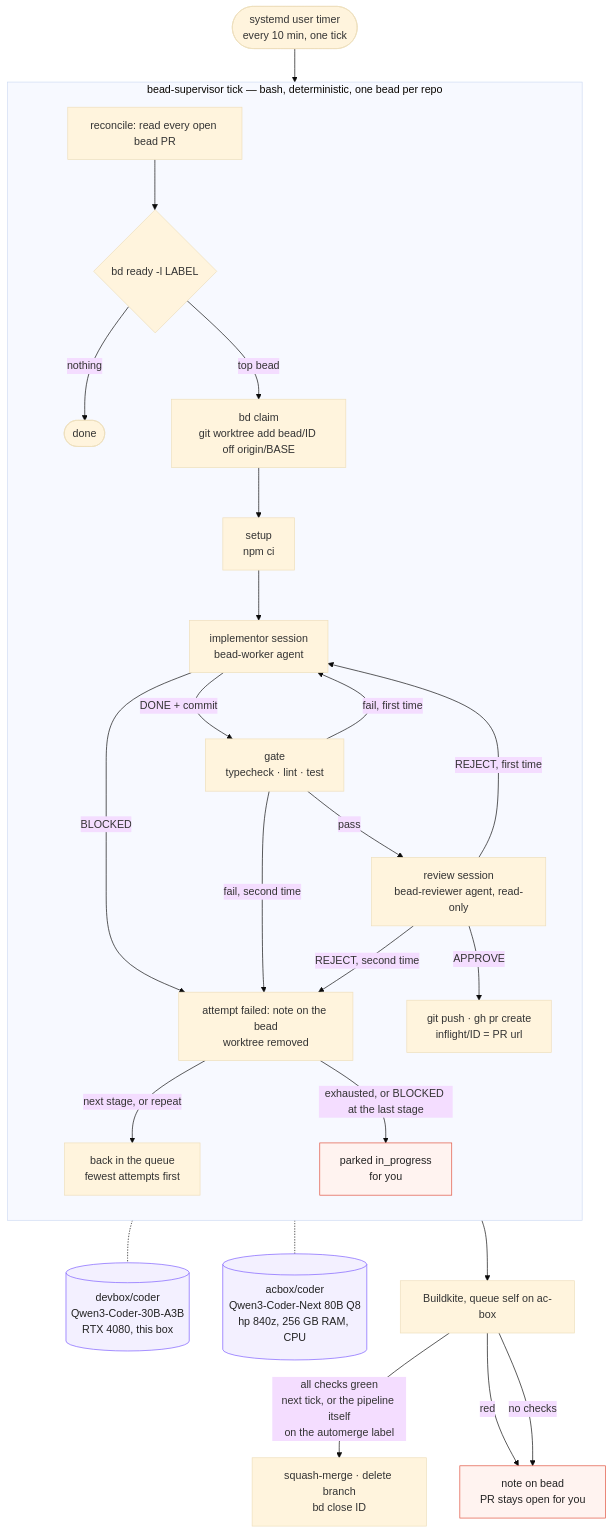
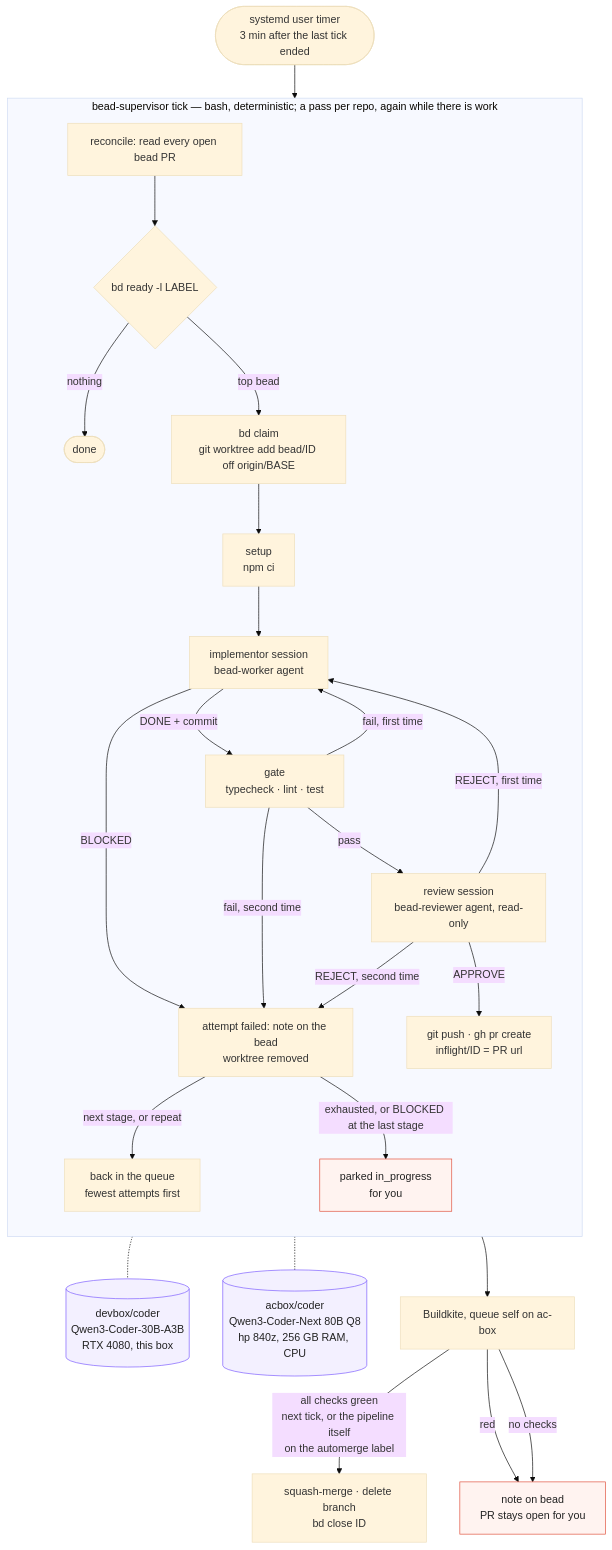
One commit to imkarrer/bead-loop changed the diagram in README.md. Above: the diagram before and after it, drawn with Mermaid (base theme). The commit also changed other lines of this file and 6 other files, not shown here.

First line of the commit message:
a tick goes round while there is work; the timer's gap is only how often a wait is checked

````diff
--- a/README.md
+++ b/README.md
@@ -9,36 +9,36 @@
 ```mermaid
 flowchart TD
-  T([systemd user timer<br/>every 10 min, one tick]) --> R
+  T([systemd user timer<br/>3 min after the last tick ended]) --> R
 
-  subgraph tick [bead-supervisor tick — bash, deterministic, one bead per repo]
+  subgraph tick [bead-supervisor tick — bash, deterministic; a pass per repo, again while there is work]
     direction TB
     R[reconcile: read every open bead PR] --> P{bd ready -l LABEL}
     P -- nothing --> Z([done])
     P -- top bead --> C[bd claim<br/>git worktree add bead/ID off origin/BASE]
     C --> U[setup<br/>npm ci]
     U --> W[implementor session<br/>bead-worker agent]
     W -- DONE + commit --> G[gate<br/>typecheck · lint · test]
     W -- BLOCKED --> F
     G -- fail, first time --> W
     G -- fail, second time --> F
     G -- pass --> V[review session<br/>bead-reviewer agent, read-only]
     V -- REJECT, first time --> W
     V -- REJECT, second time --> F[attempt failed: note on the bead<br/>worktree removed]
     F -- next stage, or repeat --> Q[back in the queue<br/>fewest attempts first]
     F -- exhausted, or BLOCKED at the last stage --> H[parked in_progress<br/>for you]
     V -- APPROVE --> PR[git push · gh pr create<br/>inflight/ID = PR url]
   end
 
   W -.- GPU[(devbox/coder<br/>Qwen3-Coder-30B-A3B<br/>RTX 4080, this box)]
   V -.- CPU[(acbox/coder<br/>Qwen3-Coder-Next 80B Q8<br/>hp 840z, 256 GB RAM, CPU)]
 
   PR --> CI[Buildkite, queue self on ac-box]
   CI -- all checks green<br/>next tick, or the pipeline itself<br/>on the automerge label --> M[squash-merge · delete branch<br/>bd close ID]
   CI -- red --> N[note on bead<br/>PR stays open for you]
   CI -- no checks --> N
 
   classDef model fill:#f3f0ff,stroke:#7c5cff,color:#222
   classDef stop fill:#fff3f0,stroke:#e0503c,color:#222
   class GPU,CPU model
   class H,N stop
 ```
````
